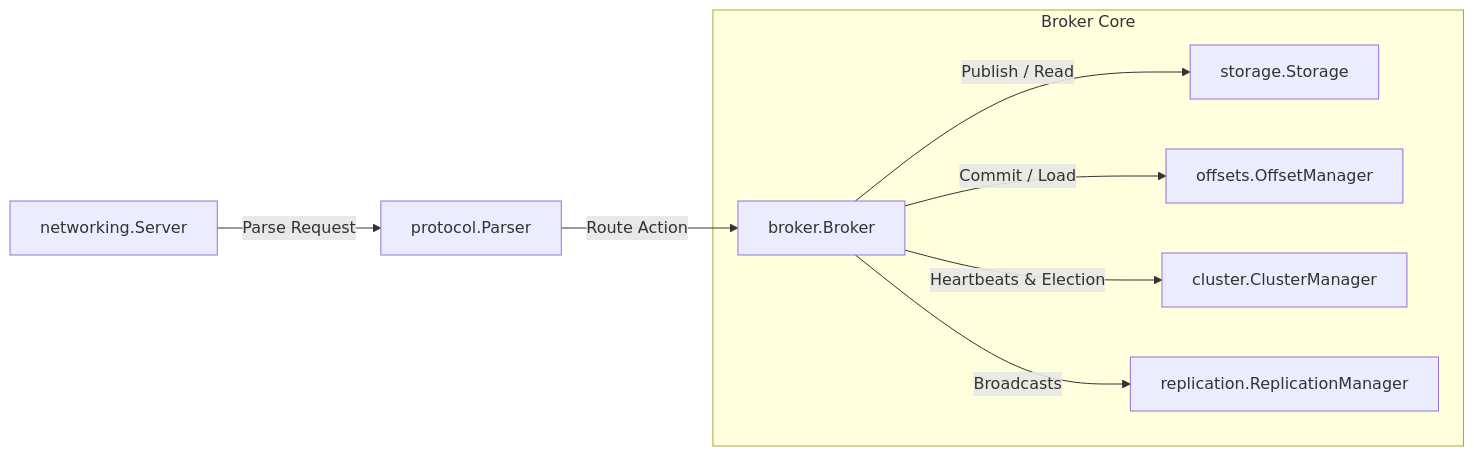
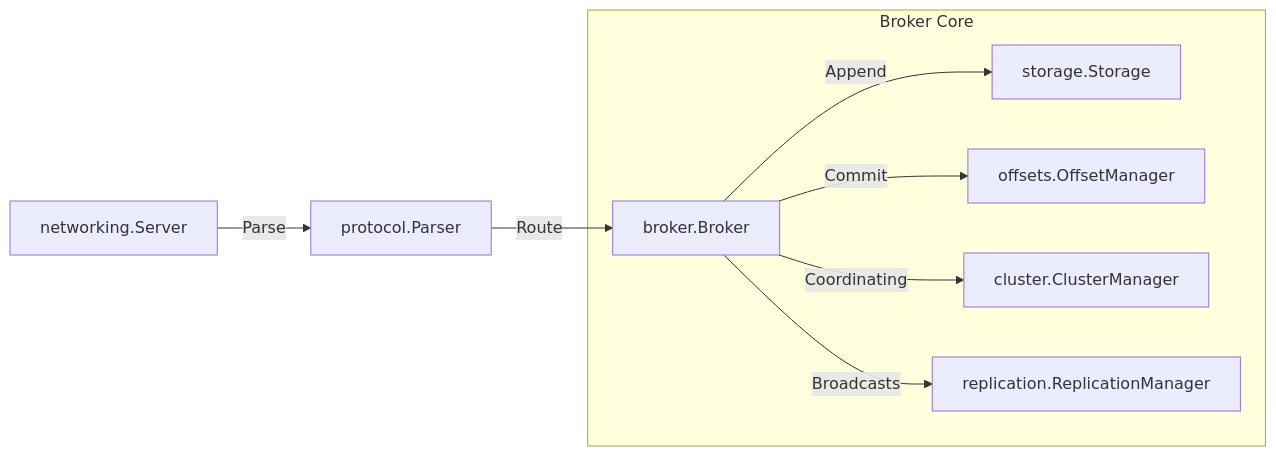
Before and after one commit to aryanp160/cowpybaraMQ: the second of 5 diagrams in README.md, drawn with Mermaid. The commit also changed other lines of this file and 4 other files, not shown here.

````diff
--- a/README.md
+++ b/README.md
@@ -96,12 +84,12 @@
 ```mermaid
 graph LR
-    Server[networking.Server] -->|Parse Request| Protocol[protocol.Parser]
-    Protocol -->|Route Action| Broker[broker.Broker]
+    Server[networking.Server] -->|Parse| Protocol[protocol.Parser]
+    Protocol -->|Route| Broker[broker.Broker]
     
     subgraph Broker Core
-        Broker -->|Publish / Read| Storage[storage.Storage]
-        Broker -->|Commit / Load| Offsets[offsets.OffsetManager]
-        Broker -->|Heartbeats & Election| Cluster[cluster.ClusterManager]
+        Broker -->|Append| Storage[storage.Storage]
+        Broker -->|Commit| Offsets[offsets.OffsetManager]
+        Broker -->|Coordinating| Cluster[cluster.ClusterManager]
         Broker -->|Broadcasts| Replication[replication.ReplicationManager]
     end
 ```
````
